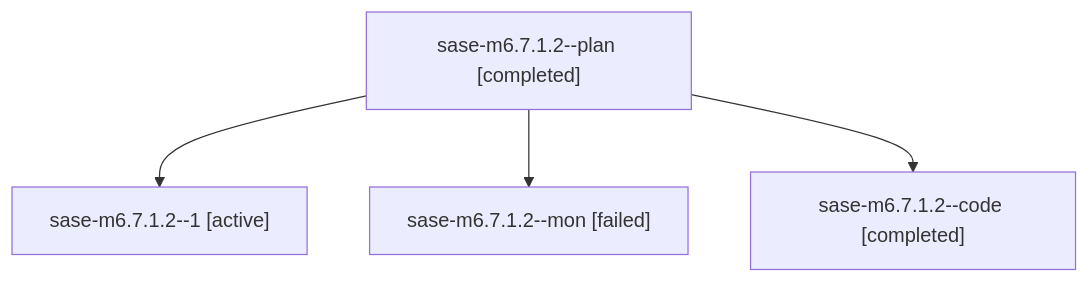
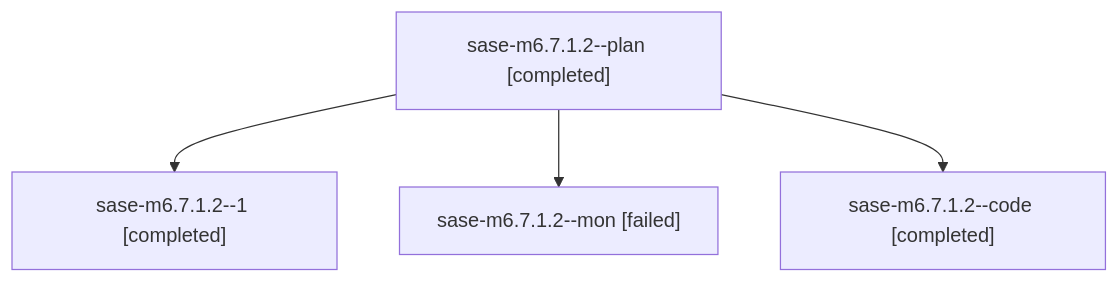
One commit to sase-org/sase--agents changed the diagram in families/bbugyi200.athena.sase-m6.7.1.2.md. Above: the diagram before and after it, drawn with Mermaid. The commit also changed other lines of this file and 144 other files, not shown here.

````diff
--- a/families/bbugyi200.athena.sase-m6.7.1.2.md
+++ b/families/bbugyi200.athena.sase-m6.7.1.2.md
@@ -9,10 +9,10 @@
 ```mermaid
 flowchart TD
   n0["sase-m6.7.1.2--plan [completed]"]
-  n1["sase-m6.7.1.2--1 [active]"]
+  n1["sase-m6.7.1.2--1 [completed]"]
   n0 --> n1
   n2["sase-m6.7.1.2--mon [failed]"]
   n0 --> n2
   n3["sase-m6.7.1.2--code [completed]"]
   n0 --> n3
 ```
````
